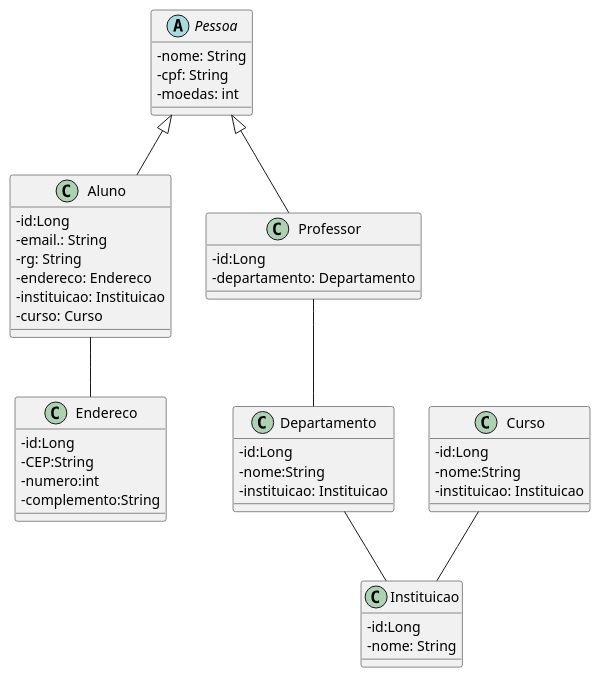
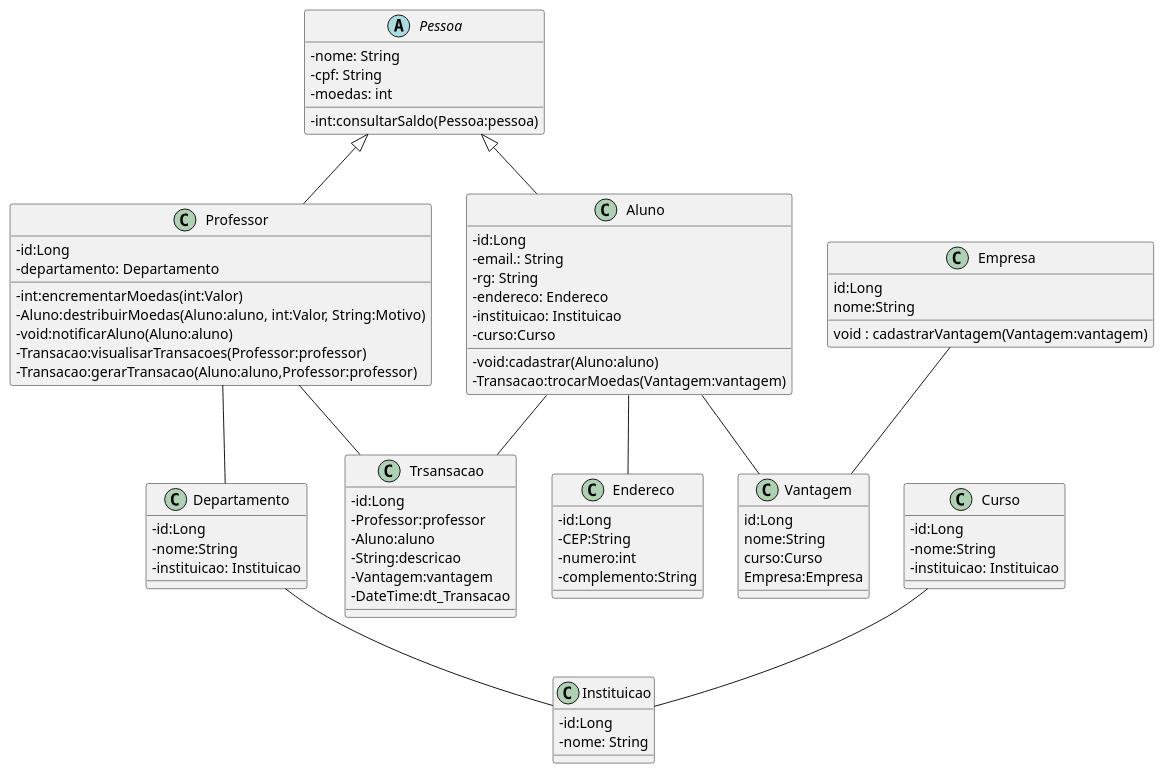
The diagram in projeto/diagramaDeClasses.puml (pedromaximocampos/LAB_03), drawn with PlantUML before and after one commit.

Commit message:
diagrama-classe

```diff
--- a/projeto/diagramaDeClasses.puml
+++ b/projeto/diagramaDeClasses.puml
@@ -1,55 +1,89 @@
 @startuml
 skinparam classAttributeIconSize 0
 
 abstract class Pessoa{
 -nome: String
 -cpf: String
 -moedas: int
+-int:consultarSaldo(Pessoa:pessoa)
 }
 
 class Aluno extends Pessoa{
 -id:Long
 -email.: String
 -rg: String
 -endereco: Endereco
 -instituicao: Instituicao
--curso: Curso
+-curso:Curso
+-void:cadastrar(Aluno:aluno)
+-Transacao:trocarMoedas(Vantagem:vantagem)
 }
 
 class Professor extends Pessoa{
 -id:Long
 -departamento: Departamento
+-int:encrementarMoedas(int:Valor)
+-Aluno:destribuirMoedas(Aluno:aluno, int:Valor, String:Motivo)
+-void:notificarAluno(Aluno:aluno)
+-Transacao:visualisarTransacoes(Professor:professor)
+-Transacao:gerarTransacao(Aluno:aluno,Professor:professor)
 }
 
 class Endereco{
 -id:Long
 -CEP:String
 -numero:int
 -complemento:String
 }
 
 class Instituicao{
 -id:Long
 -nome: String
 }
 
 class Departamento{
 -id:Long
 -nome:String
 -instituicao: Instituicao
 }
 
 class Curso{
 -id:Long
 -nome:String
 -instituicao: Instituicao
 }
 
+class Trsansacao{
+-id:Long
+-Professor:professor
+-Aluno:aluno
+-String:descricao
+-Vantagem:vantagem
+-DateTime:dt_Transacao
+}
 
+class Vantagem{
+id:Long
+nome:String
+curso:Curso
+Empresa:Empresa
+}
+
+class Empresa{
+id:Long
+nome:String
+void : cadastrarVantagem(Vantagem:vantagem)
+}
+
+
+Aluno -- Trsansacao
 Aluno -- Endereco
+Aluno -- Vantagem
+Empresa -- Vantagem
 Professor -- Departamento
+Professor -- Trsansacao
 Departamento -- Instituicao
 Curso -- Instituicao
 
 
 @enduml
```
